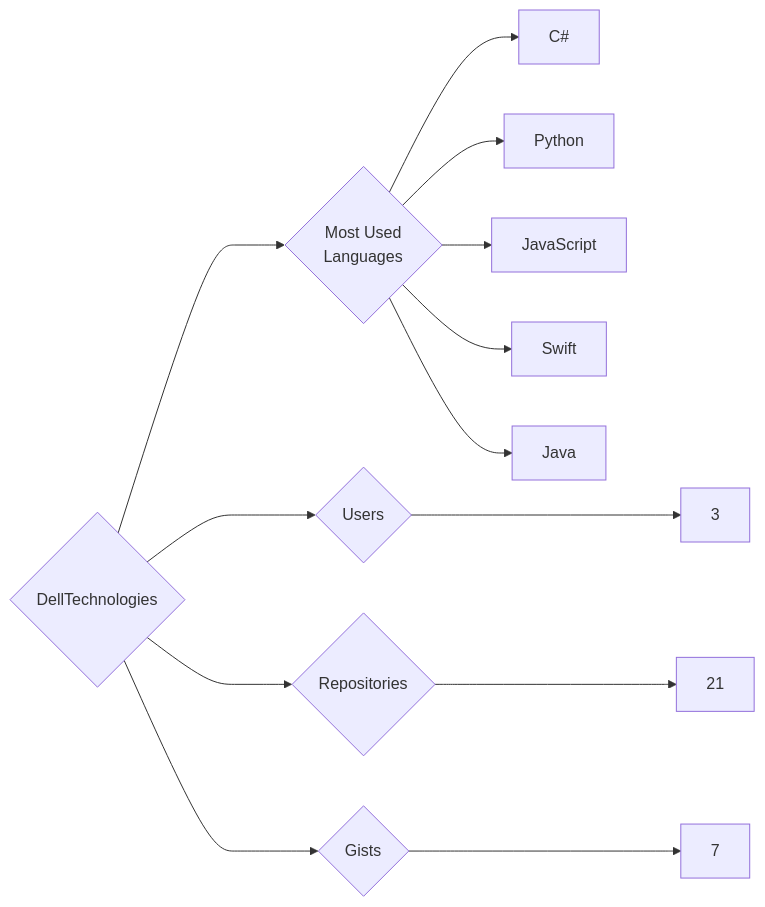
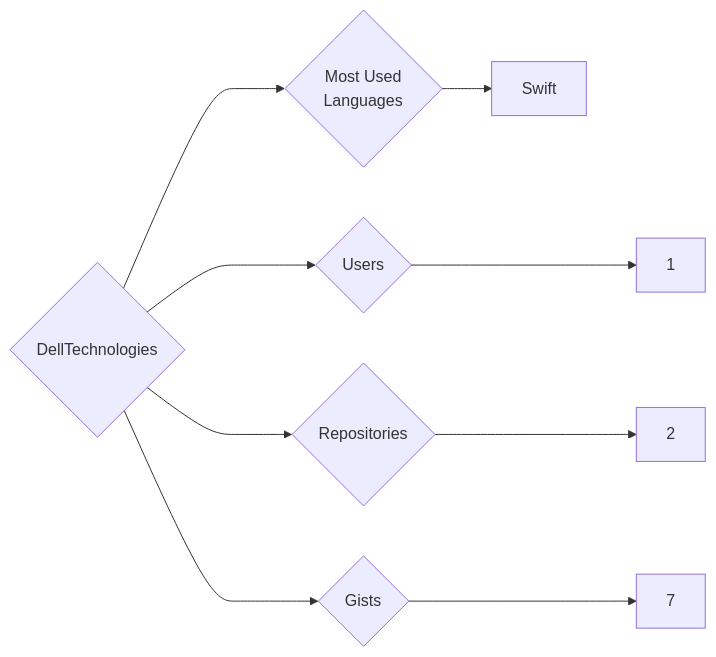
One commit to trickest/insiders changed the diagram in targets/DellTechnologies/README.md. Above: the diagram before and after it, drawn with Mermaid. The commit also changed 1003 other files, not shown here.

````diff
--- a/targets/DellTechnologies/README.md
+++ b/targets/DellTechnologies/README.md
@@ -3,13 +3,9 @@
 ```mermaid
 graph LR
 COMPANY_NAME{DellTechnologies}
-COMPANY_NAME ---> U{Users} ---> UN[3]
-COMPANY_NAME ---> R{Repositories} ---> RN[21]
+COMPANY_NAME ---> U{Users} ---> UN[1]
+COMPANY_NAME ---> R{Repositories} ---> RN[2]
 COMPANY_NAME ---> G{Gists} ---> GN[7]
 COMPANY_NAME ---> ML{Most Used<br>Languages}
-ML --> C#[C#]
-ML --> Python[Python]
-ML --> JavaScript[JavaScript]
 ML --> Swift[Swift]
-ML --> Java[Java]
 ```
````
